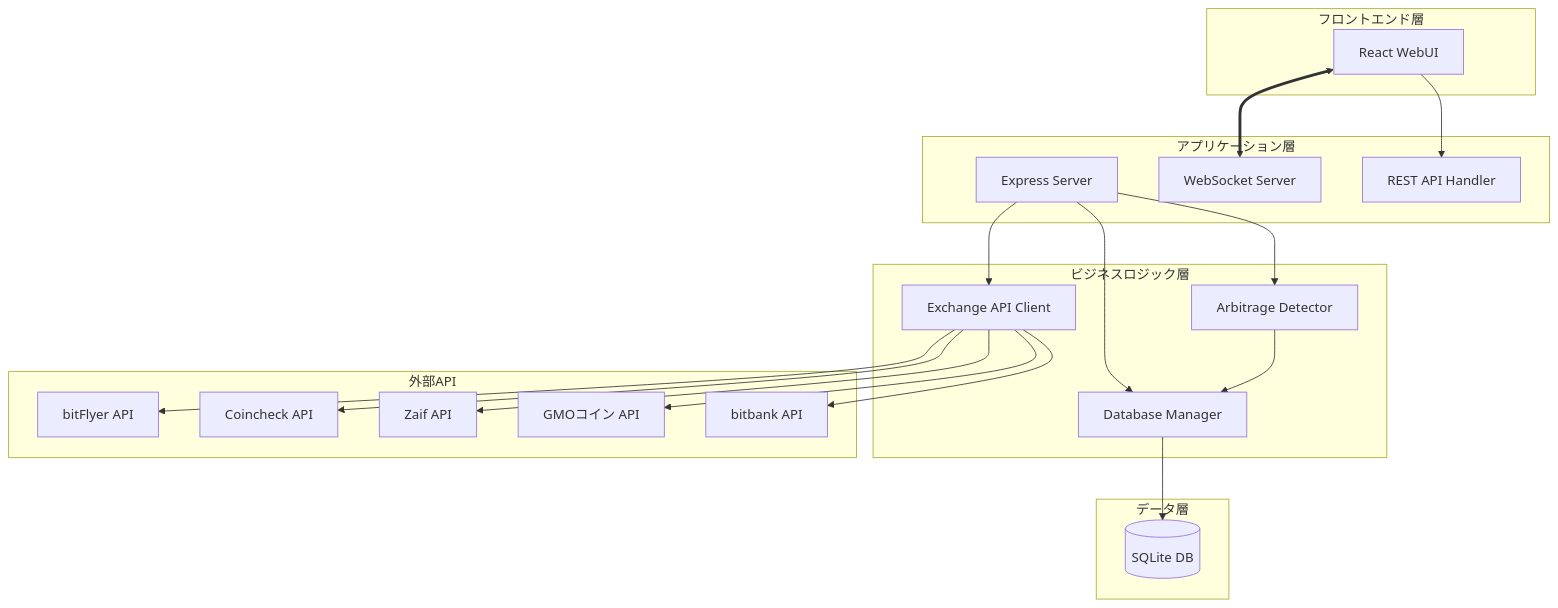
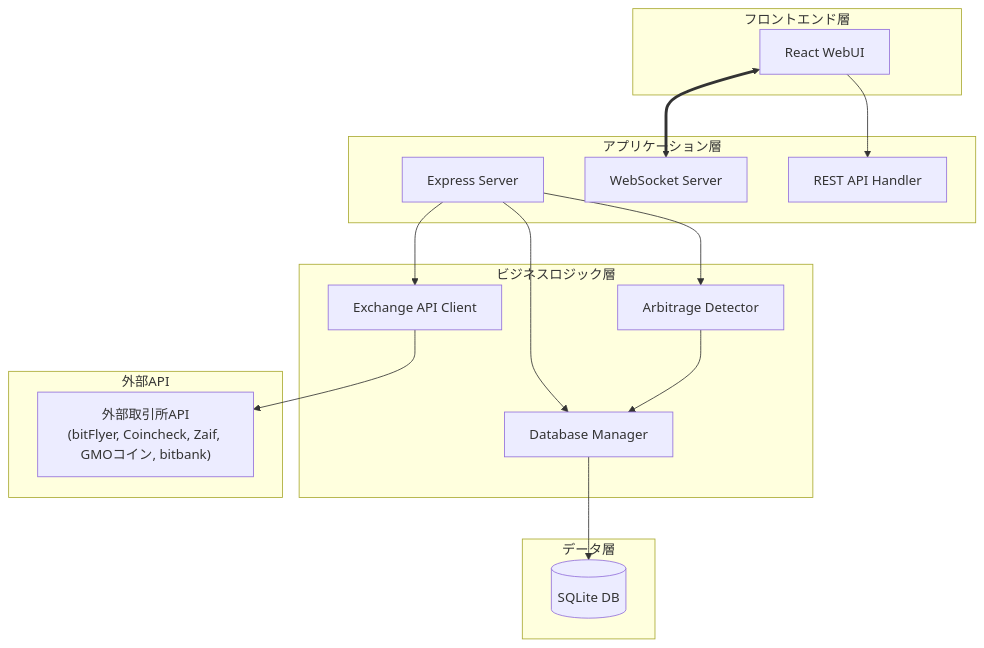
One commit to mnbhsgw/testbitcoin changed the first of 5 diagrams in 高レベル設計書.md. Above: the diagram before and after it, drawn with Mermaid. The commit also changed other lines of this file, not shown here.

Commit message:
高レベル設計書の図形修正

````diff
--- a/高レベル設計書.md
+++ b/高レベル設計書.md
@@ -25,43 +25,35 @@
 ```mermaid
 graph TB
     subgraph "フロントエンド層"
         WebUI[React WebUI]
     end
     
     subgraph "アプリケーション層"
         Server[Express Server]
         WSS[WebSocket Server]
         API[REST API Handler]
     end
     
     subgraph "ビジネスロジック層"
         ExchangeAPI[Exchange API Client]
         ArbitrageDetector[Arbitrage Detector]
         Database[Database Manager]
     end
     
     subgraph "データ層"
         SQLite[(SQLite DB)]
     end
     
     subgraph "外部API"
-        BitFlyer[bitFlyer API]
-        Coincheck[Coincheck API]
-        Zaif[Zaif API]
-        GMO[GMOコイン API]
-        Bitbank[bitbank API]
+        ExternalAPIs["外部取引所API<br/>(bitFlyer, Coincheck, Zaif, GMOコイン, bitbank)"]
     end
     
     WebUI <==> WSS
     WebUI --> API
     Server --> ExchangeAPI
     Server --> ArbitrageDetector
     Server --> Database
-    ExchangeAPI --> BitFlyer
-    ExchangeAPI --> Coincheck
-    ExchangeAPI --> Zaif
-    ExchangeAPI --> GMO
-    ExchangeAPI --> Bitbank
+    ExchangeAPI --> ExternalAPIs
     ArbitrageDetector --> Database
     Database --> SQLite
 ```
````
